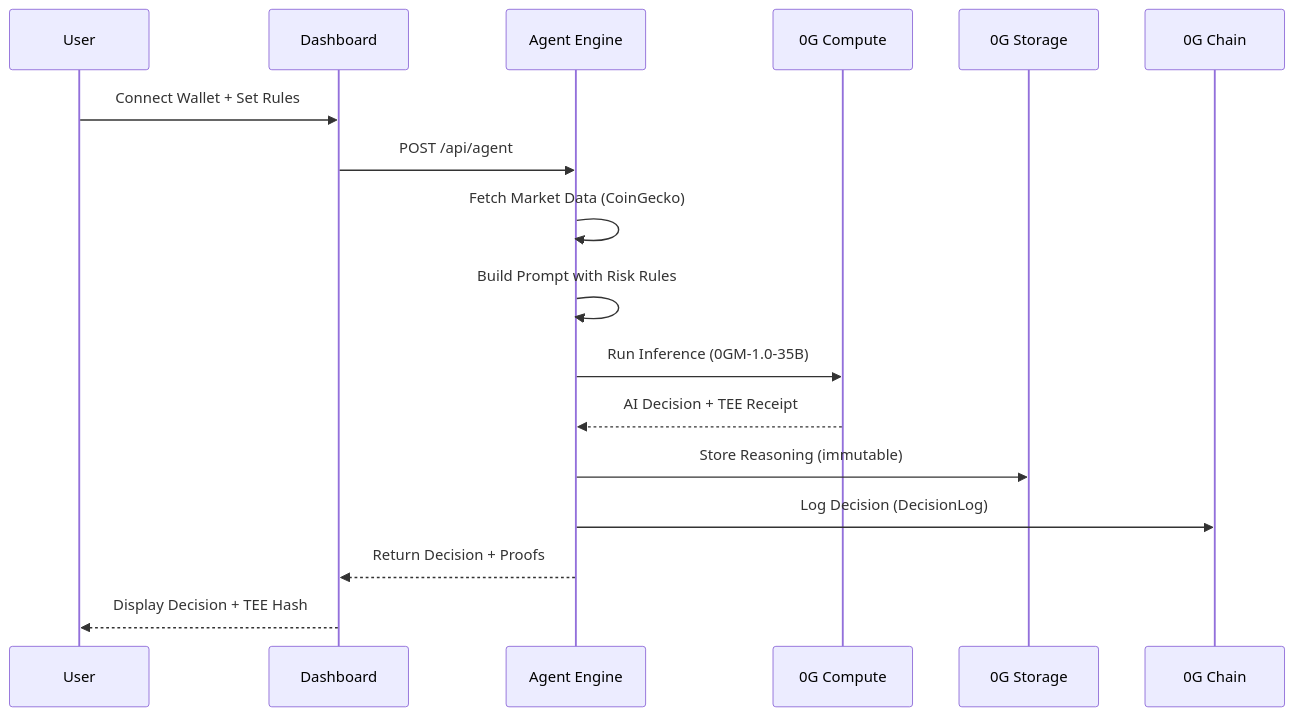
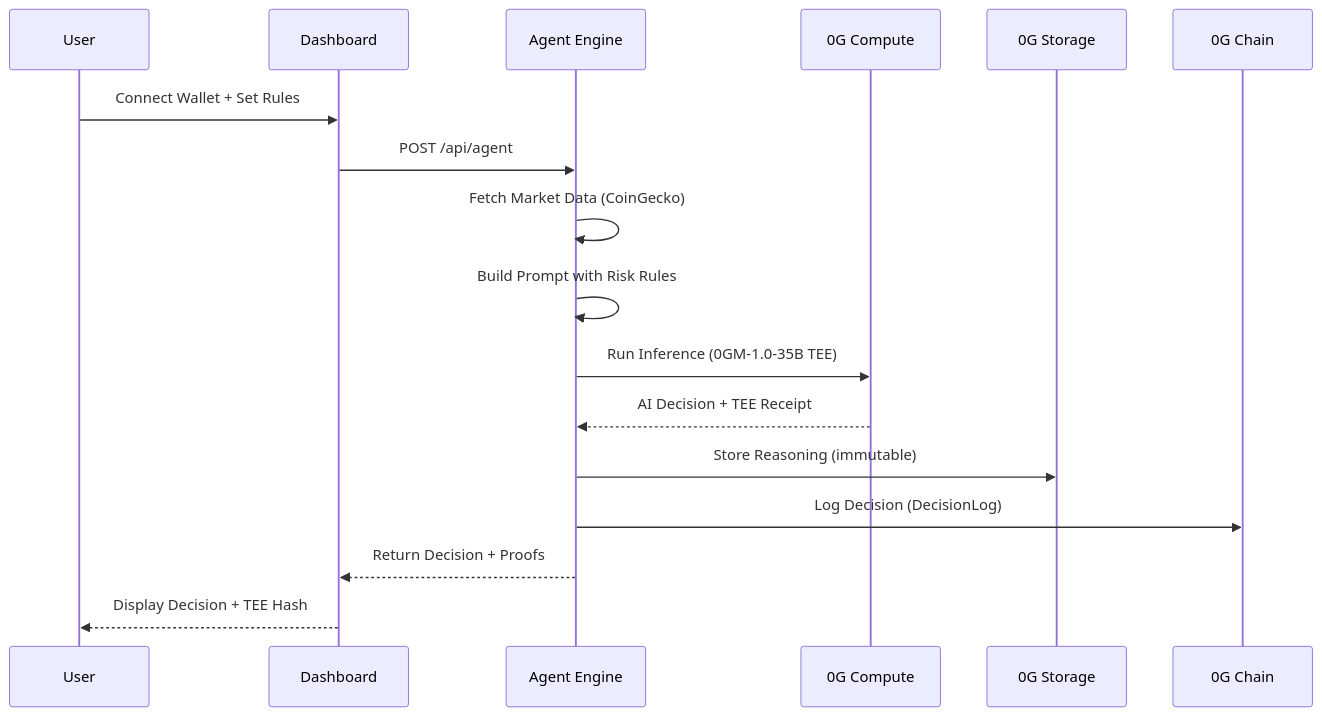
One commit to thesithunyein/aegis changed the second of 2 diagrams in README.md. Above: the diagram before and after it, drawn with Mermaid. The commit also changed other lines of this file and 2 other files, not shown here.

````diff
--- a/README.md
+++ b/README.md
@@ -105,20 +118,20 @@
 ```mermaid
 sequenceDiagram
     participant U as User
     participant D as Dashboard
     participant A as Agent Engine
     participant C as 0G Compute
     participant S as 0G Storage
     participant CH as 0G Chain
 
     U->>D: Connect Wallet + Set Rules
     D->>A: POST /api/agent
     A->>A: Fetch Market Data (CoinGecko)
     A->>A: Build Prompt with Risk Rules
-    A->>C: Run Inference (0GM-1.0-35B)
+    A->>C: Run Inference (0GM-1.0-35B TEE)
     C-->>A: AI Decision + TEE Receipt
     A->>S: Store Reasoning (immutable)
     A->>CH: Log Decision (DecisionLog)
     A-->>D: Return Decision + Proofs
     D-->>U: Display Decision + TEE Hash
 ```
````
